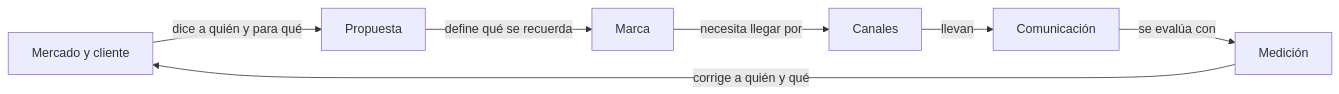
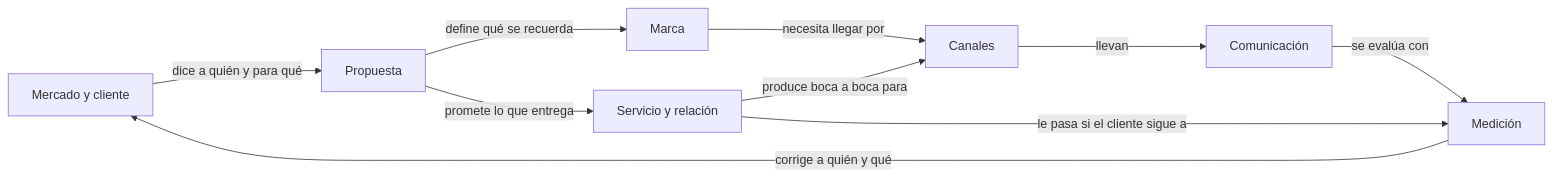
The first of 2 diagrams in Marketing/marketing.md (mtsdlf/conocimiento), drawn with Mermaid before and after one commit. The commit also changed other lines of this file and 16 other files, not shown here.

First line of the commit message:
Marketing: boca a boca y referidos, y vertical Servicio y relación (borrador)

````diff
--- a/Marketing/marketing.md
+++ b/Marketing/marketing.md
@@ -27,9 +27,12 @@
 ```mermaid
 flowchart LR
   MC[Mercado y cliente] -->|dice a quién y para qué| P[Propuesta]
   P -->|define qué se recuerda| M[Marca]
   M -->|necesita llegar por| C[Canales]
   C -->|llevan| CO[Comunicación]
   CO -->|se evalúa con| ME[Medición]
+  P -->|promete lo que entrega| SR[Servicio y relación]
+  SR -->|produce boca a boca para| C
+  SR -->|le pasa si el cliente sigue a| ME
   ME -->|corrige a quién y qué| MC
 ```
````
